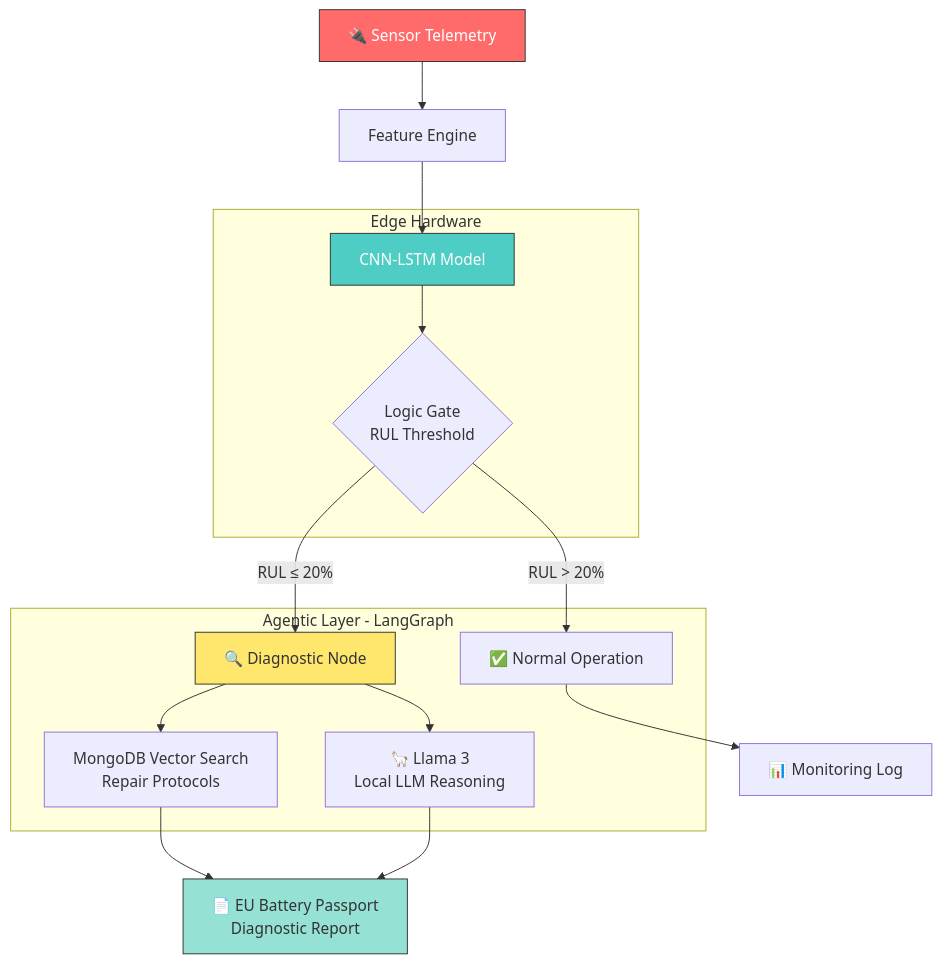
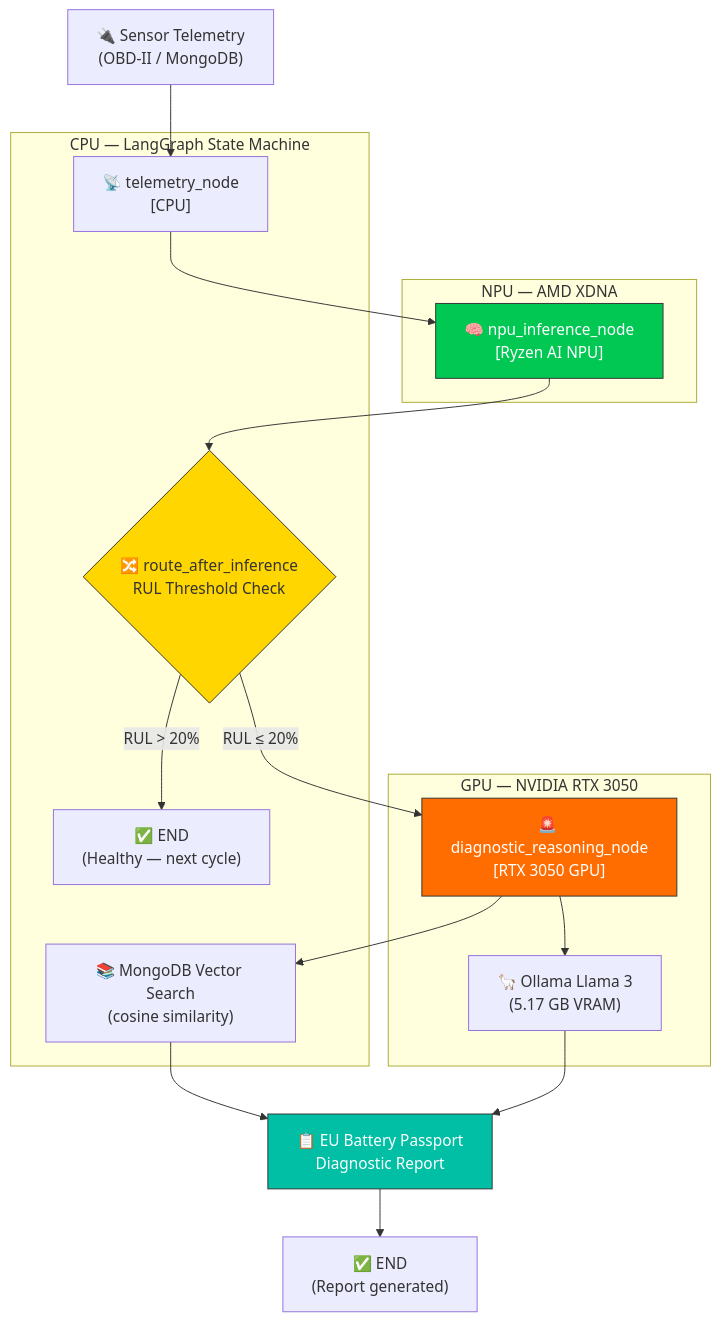
One commit to chiru1005m-maker/EcoDrive_Sentinel changed the diagram in README.md. Above: the diagram before and after it, drawn with Mermaid. The commit also changed other lines of this file, not shown here.

````diff
--- a/README.md
+++ b/README.md
@@ -67,31 +75,34 @@
 ```mermaid
 graph TD
-    A[🔌 Sensor Telemetry] --> B[Feature Engine]
-    B --> C[CNN-LSTM Model]
-    C --> D{Logic Gate<br/>RUL Threshold}
-    D -->|RUL > 20%| E[✅ Normal Operation]
-    D -->|RUL ≤ 20%| F[🔍 Diagnostic Node]
-    F --> G[MongoDB Vector Search<br/>Repair Protocols]
-    F --> H[🦙 Llama 3<br/>Local LLM Reasoning]
-    G --> I[📄 EU Battery Passport<br/>Diagnostic Report]
+    A["🔌 Sensor Telemetry<br/>(OBD-II / MongoDB)"] --> B["📡 telemetry_node<br/>[CPU]"]
+    B --> C["🧠 npu_inference_node<br/>[Ryzen AI NPU]"]
+    C --> D{"🔀 route_after_inference<br/>RUL Threshold Check"}
+    D -->|"RUL > 20%"| E["✅ END<br/>(Healthy — next cycle)"]
+    D -->|"RUL ≤ 20%"| F["🚨 diagnostic_reasoning_node<br/>[RTX 3050 GPU]"]
+    F --> G["📚 MongoDB Vector Search<br/>(cosine similarity)"]
+    F --> H["🦙 Ollama Llama 3<br/>(5.17 GB VRAM)"]
+    G --> I["📋 EU Battery Passport<br/>Diagnostic Report"]
     H --> I
-    E --> J[📊 Monitoring Log]
+    I --> J["✅ END<br/>(Report generated)"]
 
-    subgraph Edge Hardware
+    subgraph "NPU — AMD XDNA"
         C
-        D
     end
 
-    subgraph Agentic Layer - LangGraph
-        D
-        E
+    subgraph "GPU — NVIDIA RTX 3050"
         F
-        G
         H
     end
 
-    style A fill:#ff6b6b,stroke:#333,color:#fff
-    style C fill:#4ecdc4,stroke:#333,color:#fff
-    style F fill:#ffe66d,stroke:#333
-    style I fill:#95e1d3,stroke:#333
+    subgraph "CPU — LangGraph State Machine"
+        B
+        D
+        E
+        G
+    end
+
+    style C fill:#00C853,stroke:#333,color:#fff
+    style F fill:#FF6D00,stroke:#333,color:#fff
+    style D fill:#FFD600,stroke:#333
+    style I fill:#00BFA5,stroke:#333,color:#fff
 ```
````
